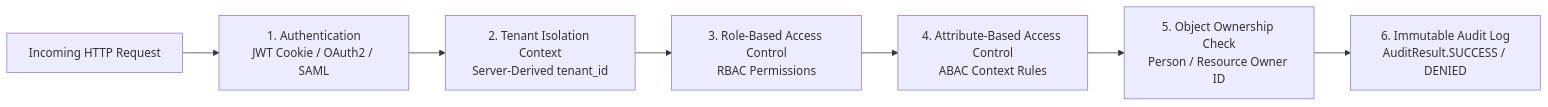
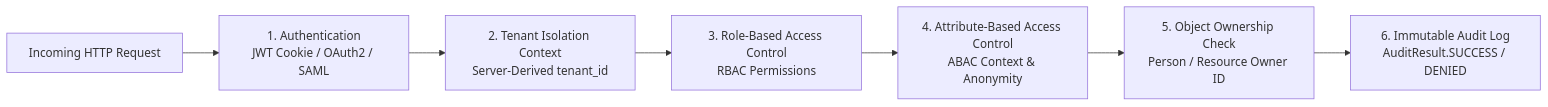
The third of 7 diagrams in ARCHITECTURE.md (Raymonddinesh/zeramai-hr), drawn with Mermaid before and after one commit. The commit also changed other lines of this file and 4 other files, not shown here.

Commit message:
Docs: Update system architecture specification, complete step-by-step operations guide, technical documentation, and release notes for v2.1.0

````diff
--- a/ARCHITECTURE.md
+++ b/ARCHITECTURE.md
@@ -35,9 +119,9 @@
 ```mermaid
 flowchart LR
     Req[Incoming HTTP Request] --> Layer1[1. Authentication\nJWT Cookie / OAuth2 / SAML]
     Layer1 --> Layer2[2. Tenant Isolation Context\nServer-Derived tenant_id]
     Layer2 --> Layer3[3. Role-Based Access Control\nRBAC Permissions]
-    Layer3 --> Layer4[4. Attribute-Based Access Control\nABAC Context Rules]
+    Layer3 --> Layer4[4. Attribute-Based Access Control\nABAC Context & Anonymity]
     Layer4 --> Layer5[5. Object Ownership Check\nPerson / Resource Owner ID]
     Layer5 --> Audit[6. Immutable Audit Log\nAuditResult.SUCCESS / DENIED]
 ```
````
